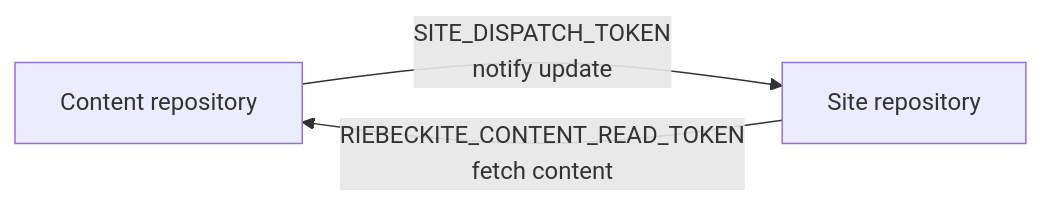
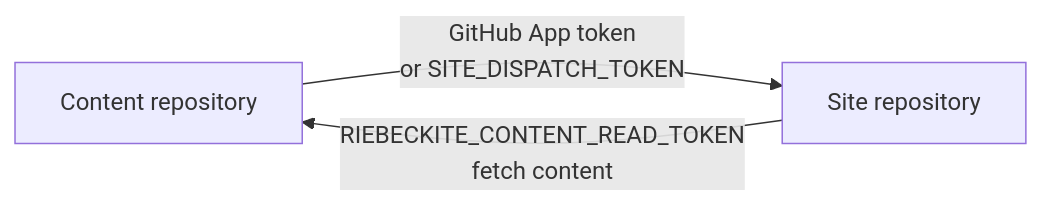
Before and after one commit to Rerurate514/riebeckite: the fourth of 4 diagrams in docs/docs/guides/deployment/github-actions/workflow.md, drawn with Mermaid. The commit also changed other lines of this file and 62 other files, not shown here.

````diff
--- a/docs/docs/guides/deployment/github-actions/workflow.md
+++ b/docs/docs/guides/deployment/github-actions/workflow.md
@@ -246,8 +248,8 @@
 ```mermaid
 flowchart LR
     Content["Content repository"]
     Site["Site repository"]
 
-    Content -->|"SITE_DISPATCH_TOKEN<br/>notify update"| Site
+    Content -->|"GitHub App token<br/>or SITE_DISPATCH_TOKEN"| Site
     Site -->|"RIEBECKITE_CONTENT_READ_TOKEN<br/>fetch content"| Content
 ```
````
